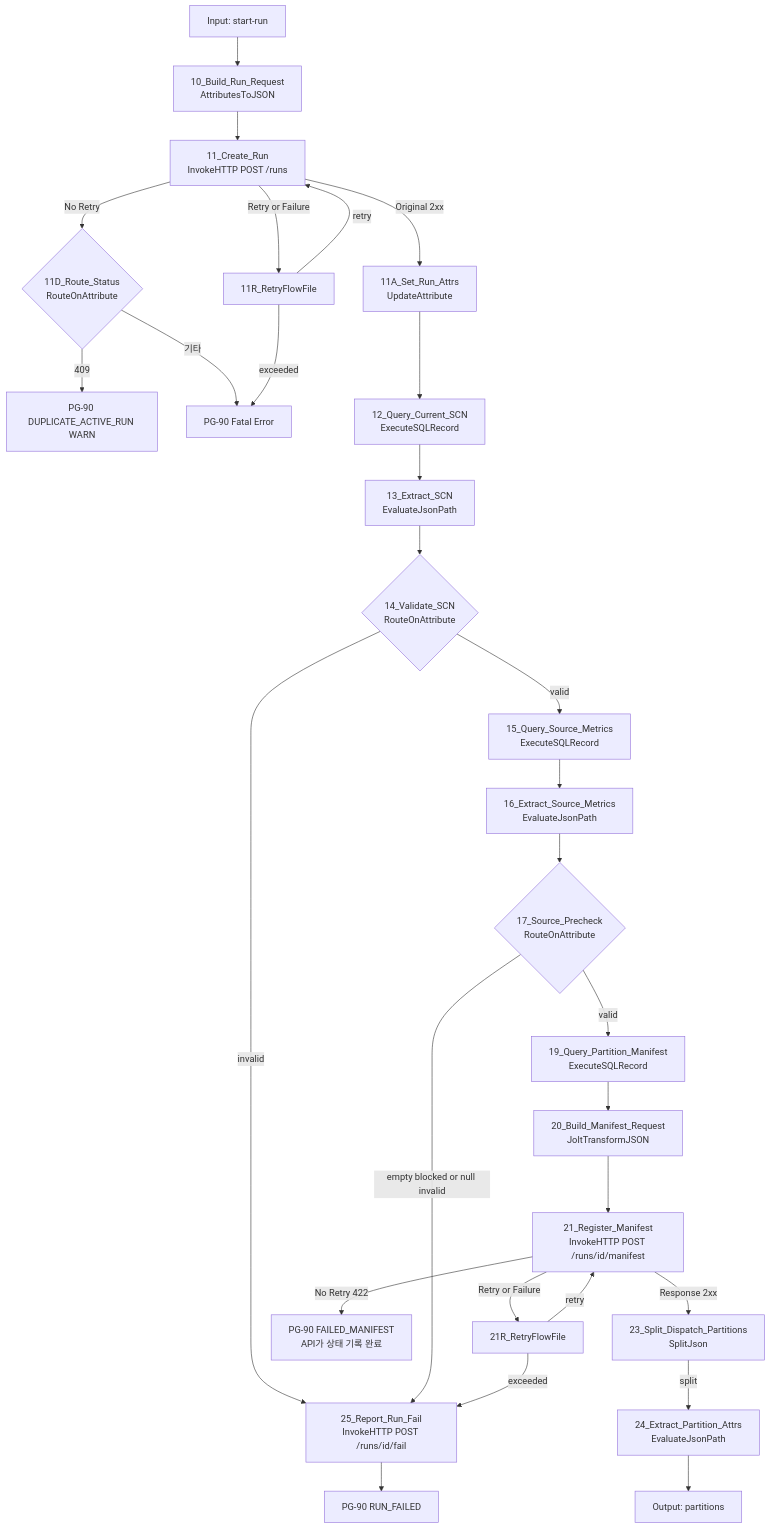
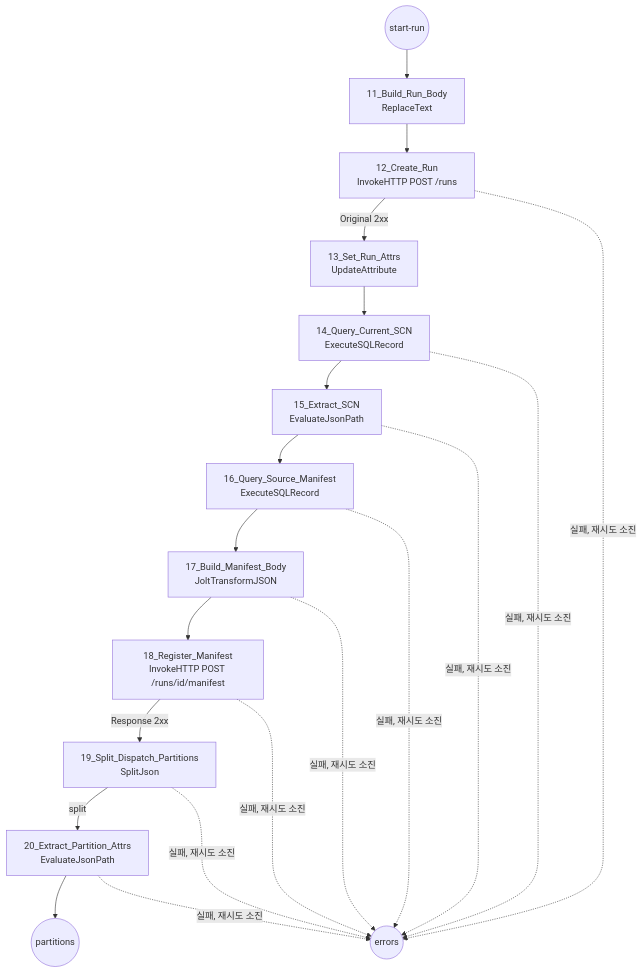
One commit to DataDynamics/nifi-sqoop-removal changed the fifth of 13 diagrams in nifi-sqoop-removal-guide.md. Above: the diagram before and after it, drawn with Mermaid. The commit also changed other lines of this file and 2 other files, not shown here.

````diff
--- a/nifi-sqoop-removal-guide.md
+++ b/nifi-sqoop-removal-guide.md
@@ -793,31 +826,15 @@
 ```mermaid
 flowchart TD
-    I[Input: start-run] --> A[10_Build_Run_Request<br/>AttributesToJSON]
-    A --> B[11_Create_Run<br/>InvokeHTTP POST /runs]
-    B -->|Original 2xx| BA[11A_Set_Run_Attrs<br/>UpdateAttribute]
-    B -->|No Retry| DUP{11D_Route_Status<br/>RouteOnAttribute}
-    DUP -->|409| DW[PG-90 DUPLICATE_ACTIVE_RUN WARN]
-    DUP -->|기타| X0[PG-90 Fatal Error]
-    B -->|Retry or Failure| BR[11R_RetryFlowFile]
-    BR -->|retry| B
-    BR -->|exceeded| X0
-    BA --> C[12_Query_Current_SCN<br/>ExecuteSQLRecord]
-    C --> D[13_Extract_SCN<br/>EvaluateJsonPath]
-    D --> E{14_Validate_SCN<br/>RouteOnAttribute}
-    E -->|valid| F[15_Query_Source_Metrics<br/>ExecuteSQLRecord]
-    E -->|invalid| X[25_Report_Run_Fail<br/>InvokeHTTP POST /runs/id/fail]
-    F --> G[16_Extract_Source_Metrics<br/>EvaluateJsonPath]
-    G --> H{17_Source_Precheck<br/>RouteOnAttribute}
-    H -->|empty blocked or null invalid| X
-    H -->|valid| K[19_Query_Partition_Manifest<br/>ExecuteSQLRecord]
-    K --> J[20_Build_Manifest_Request<br/>JoltTransformJSON]
-    J --> M[21_Register_Manifest<br/>InvokeHTTP POST /runs/id/manifest]
-    M -->|Response 2xx| L[23_Split_Dispatch_Partitions<br/>SplitJson]
-    M -->|No Retry 422| XM[PG-90 FAILED_MANIFEST<br/>API가 상태 기록 완료]
-    M -->|Retry or Failure| MR[21R_RetryFlowFile]
-    MR -->|retry| M
-    MR -->|exceeded| X
-    L -->|split| P[24_Extract_Partition_Attrs<br/>EvaluateJsonPath]
-    P --> OUT[Output: partitions]
-    X --> XE[PG-90 RUN_FAILED]
+    I((start-run)) --> A[11_Build_Run_Body<br/>ReplaceText]
+    A --> B[12_Create_Run<br/>InvokeHTTP POST /runs]
+    B -->|Original 2xx| C[13_Set_Run_Attrs<br/>UpdateAttribute]
+    C --> D[14_Query_Current_SCN<br/>ExecuteSQLRecord]
+    D --> E[15_Extract_SCN<br/>EvaluateJsonPath]
+    E --> F[16_Query_Source_Manifest<br/>ExecuteSQLRecord]
+    F --> G[17_Build_Manifest_Body<br/>JoltTransformJSON]
+    G --> H[18_Register_Manifest<br/>InvokeHTTP POST /runs/id/manifest]
+    H -->|Response 2xx| J[19_Split_Dispatch_Partitions<br/>SplitJson]
+    J -->|split| K[20_Extract_Partition_Attrs<br/>EvaluateJsonPath]
+    K --> OUT((partitions))
+    B & D & E & F & G & H & J & K -.->|실패, 재시도 소진| ERR((errors))
 ```
````
